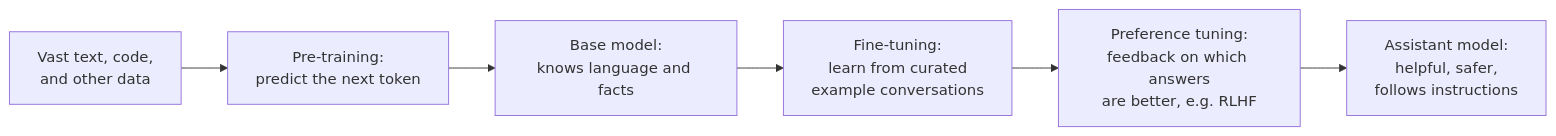
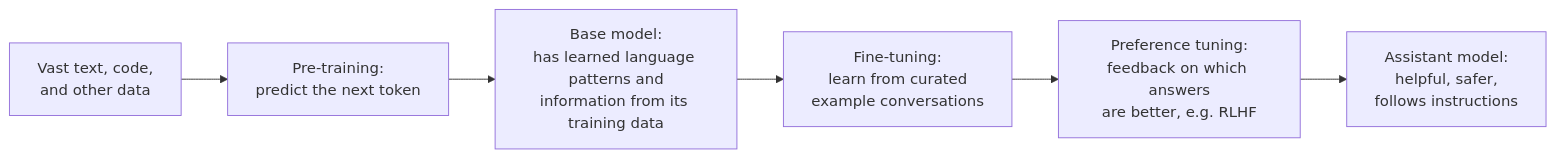
Before and after one commit to benngiiii/BABI-GULING: the second of 4 diagrams in Main/study-guide/v1.0/chapter-3-how-artificial-intelligence-works/how-artificial-intelligence-works.md, drawn with Mermaid. The commit also changed other lines of this file, not shown here.

````diff
--- a/Main/study-guide/v1.0/chapter-3-how-artificial-intelligence-works/how-artificial-intelligence-works.md
+++ b/Main/study-guide/v1.0/chapter-3-how-artificial-intelligence-works/how-artificial-intelligence-works.md
@@ -393,10 +393,10 @@
 ```mermaid
 flowchart LR
     A["Vast text, code,<br/>and other data"]
     B["Pre-training:<br/>predict the next token"]
-    C["Base model:<br/>knows language and facts"]
+    C["Base model:<br/>has learned language patterns and<br/>information from its training data"]
     D["Fine-tuning:<br/>learn from curated<br/>example conversations"]
     E["Preference tuning:<br/>feedback on which answers<br/>are better, e.g. RLHF"]
     F["Assistant model:<br/>helpful, safer,<br/>follows instructions"]
     A --> B --> C --> D --> E --> F
 ```
````
